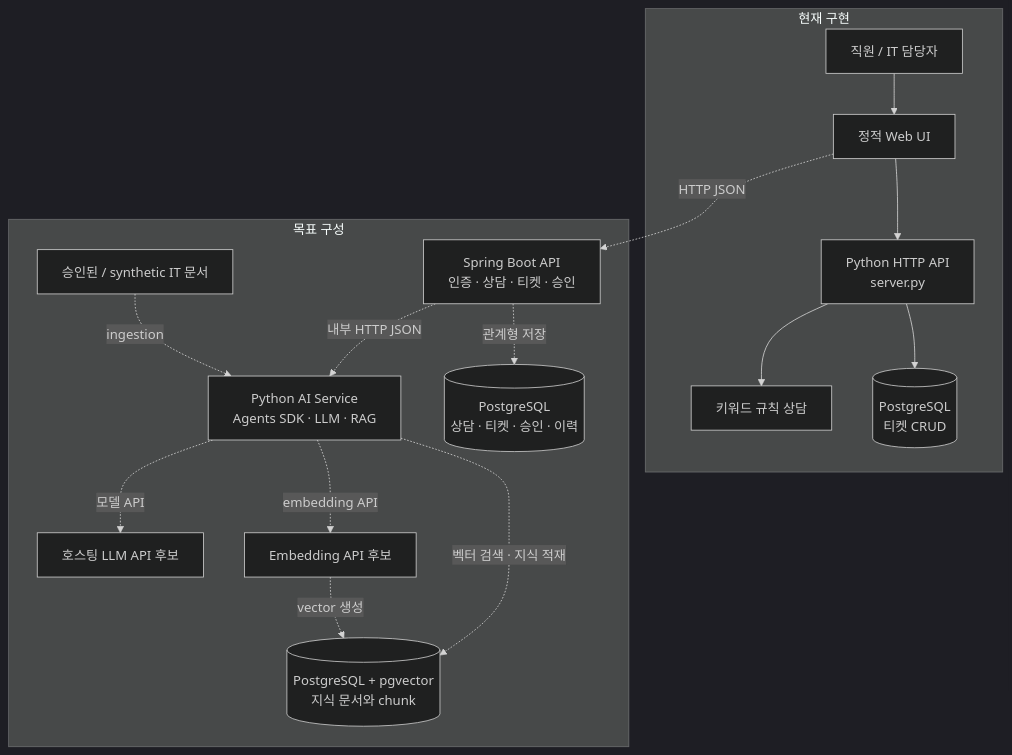
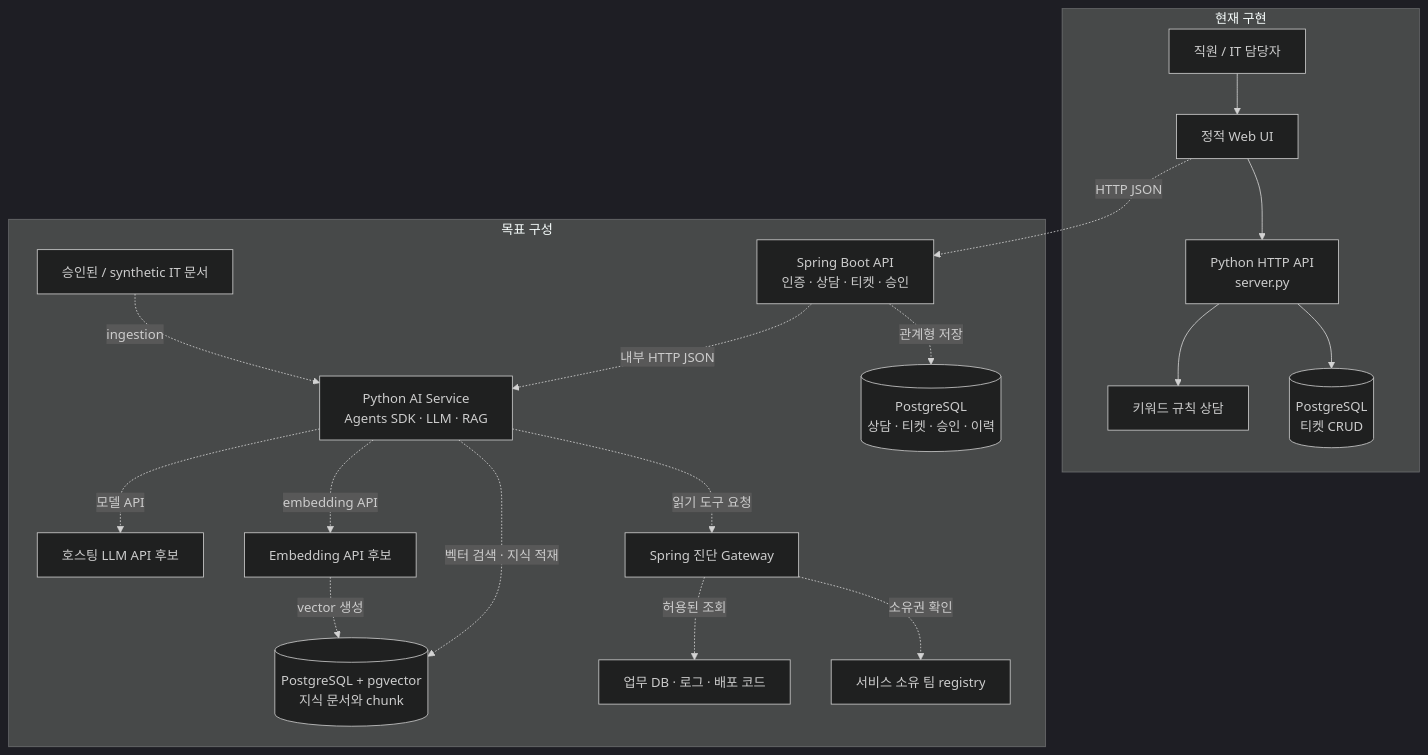
The first of 2 diagrams in docs/architecture.md (Jhanoo/hanwha_final), drawn with Mermaid (dark theme) before and after one commit. The commit also changed other lines of this file and 18 other files, not shown here.

````diff
--- a/docs/architecture.md
+++ b/docs/architecture.md
@@ -15,20 +15,23 @@
 ```mermaid
 flowchart TB
     subgraph current[현재 구현]
         E[직원 / IT 담당자] --> UI[정적 Web UI]
         UI --> PYAPI[Python HTTP API<br/>server.py]
         PYAPI --> RULE[키워드 규칙 상담]
         PYAPI --> PG[(PostgreSQL<br/>티켓 CRUD)]
     end
 
     subgraph target[목표 구성]
         UI -. HTTP JSON .-> SPRING[Spring Boot API<br/>인증 · 상담 · 티켓 · 승인]
         SPRING -. 내부 HTTP JSON .-> AI[Python AI Service<br/>Agents SDK · LLM · RAG]
         AI -. 벡터 검색 · 지식 적재 .-> VDB[(PostgreSQL + pgvector<br/>지식 문서와 chunk)]
         SPRING -. 관계형 저장 .-> DB[(PostgreSQL<br/>상담 · 티켓 · 승인 · 이력)]
         DOC[승인된 / synthetic IT 문서] -. ingestion .-> AI
         AI -. 모델 API .-> LLM[호스팅 LLM API 후보]
         AI -. embedding API .-> EMB[Embedding API 후보]
         EMB -. vector 생성 .-> VDB
+        AI -. 읽기 도구 요청 .-> GATE[Spring 진단 Gateway]
+        GATE -. 허용된 조회 .-> BUSINESS[업무 DB · 로그 · 배포 코드]
+        GATE -. 소유권 확인 .-> OWN[서비스 소유 팀 registry]
     end
 ```
````
